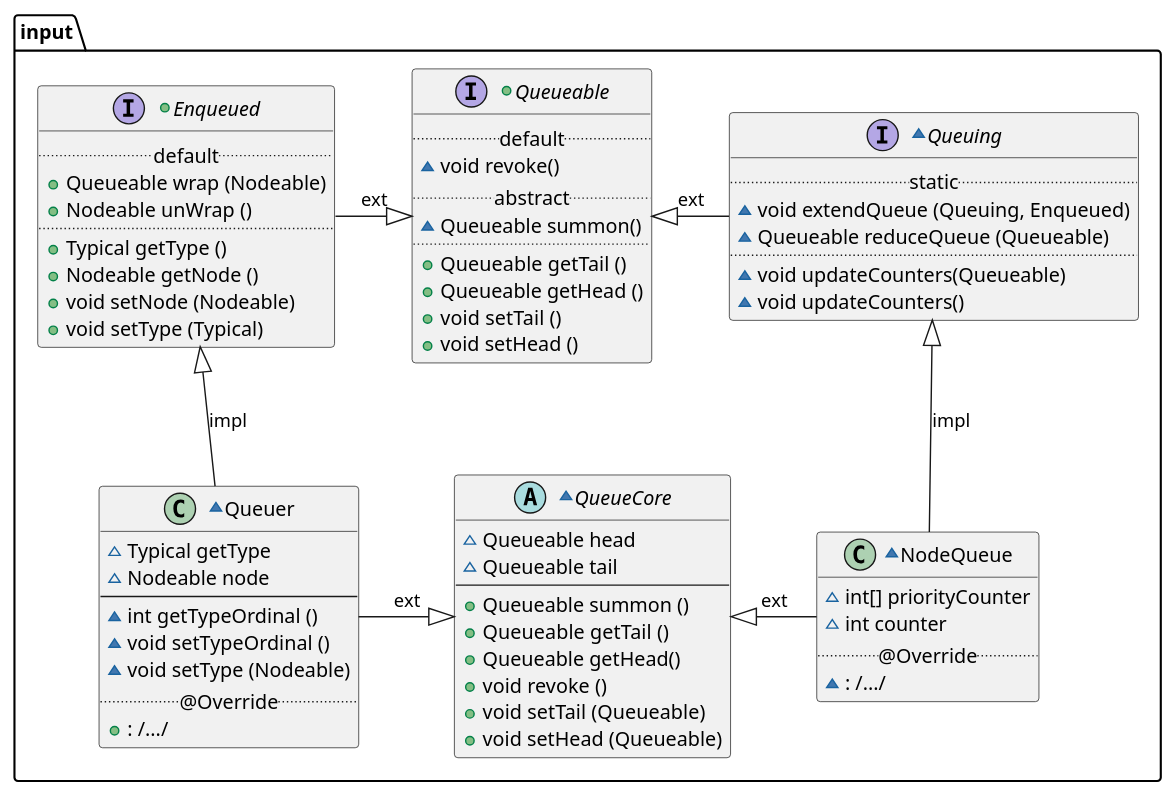
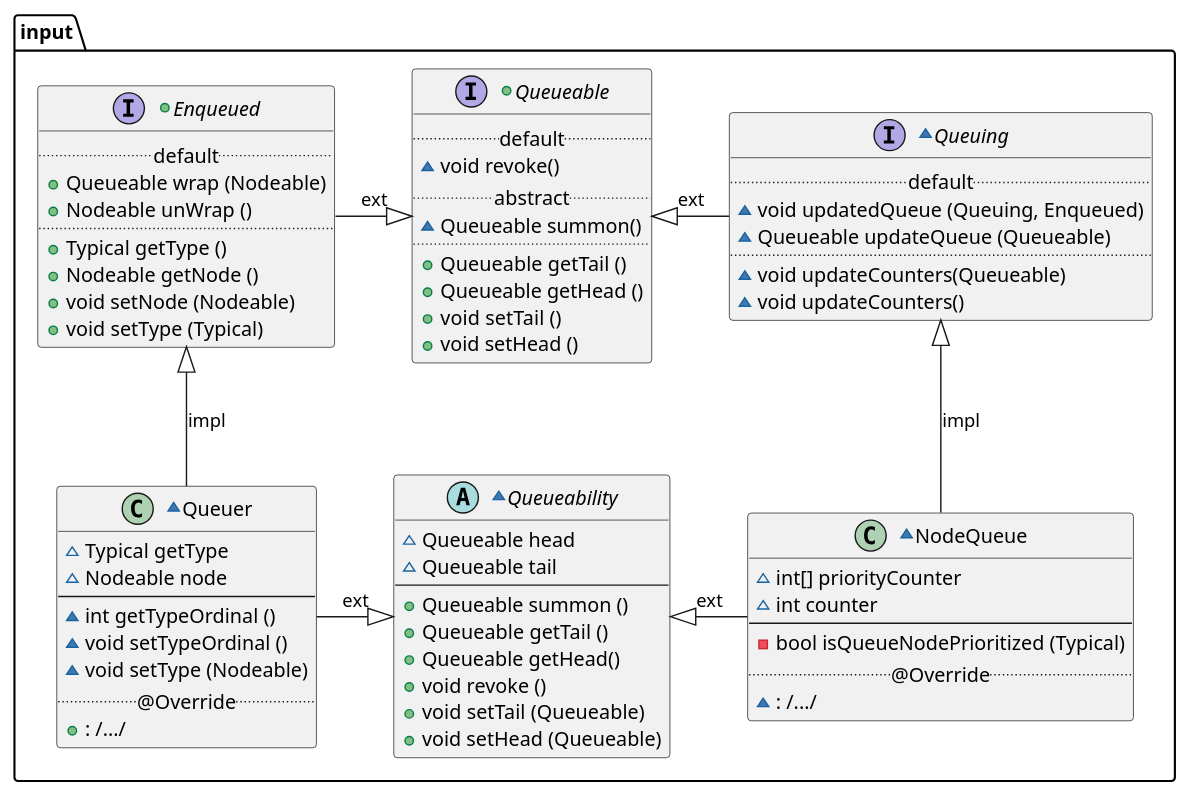
One commit to vitalispopoff/calculator changed the diagram in src/main/resources/UML/input/input.puml. Above: the diagram before and after it, drawn with PlantUML. The commit also changed 5 other files, not shown here.

Commit message:
clearing Queueing and NodeQueue

```diff
--- a/src/main/resources/UML/input/input.puml
+++ b/src/main/resources/UML/input/input.puml
@@ -1,75 +1,77 @@
 @startuml
 package input {
 
     +interface Queueable{
         ..default..
             ~{method} void revoke()
         ..abstract..
             ~{method} Queueable summon()
         ..
             +{method} Queueable getTail ()
             +{method} Queueable getHead ()
             +{method} void setTail ()
             +{method} void setHead ()
         }
 
-    ~abstract class QueueCore{
+    ~abstract class Queueability{
             ~{field} Queueable head
             ~{field} Queueable tail
         --
             +{method} Queueable summon ()
             +{method} Queueable getTail ()
             +{method} Queueable getHead()
             +{method} void revoke ()
             +{method} void setTail (Queueable)
             +{method} void setHead (Queueable)
     }
 
     ~interface Queuing{
-        ..static..
-            ~{method} void extendQueue (Queuing, Enqueued)
-            ~{method} Queueable reduceQueue (Queueable)
+        ..default..
+            ~{method} void updatedQueue (Queuing, Enqueued)
+            ~{method} Queueable updateQueue (Queueable)
         ..
             ~{method} void updateCounters(Queueable)
             ~{method} void updateCounters()
     }
 
     ~class NodeQueue{
             ~{field} int[] priorityCounter
             ~{field} int counter
+        --
+            -{method} bool isQueueNodePrioritized (Typical)
         ..@Override..
             ~{method} : /.../
     }
 
     +interface Enqueued {
         ..default..
             +{method} Queueable wrap (Nodeable)
             +{method} Nodeable unWrap ()
         ..
             +{method} Typical getType ()
             +{method} Nodeable getNode ()
             +{method} void setNode (Nodeable)
             +{method} void setType (Typical)
     }
 
     ~class Queuer{
             ~{field} Typical getType
             ~{field} Nodeable node
         --
             ~{method} int getTypeOrdinal ()
             ~{method} void setTypeOrdinal ()
             ~{method} void setType (Nodeable)
         ..@Override..
             +{method} : /.../
     }
 
     Enqueued    -|>     Queueable   :   ext
     Queueable   <|-     Queuing     :   ext
 
-    QueueCore   <|-     NodeQueue   :   ext
-    Queuer      -|>     QueueCore   :   ext
+    Queueability   <|-     NodeQueue   :   ext
+    Queuer      -|>     Queueability   :   ext
 
     Enqueued    <|--    Queuer      :   impl
     Queuing     <|--    NodeQueue   :   impl
 }
 @enduml
```
